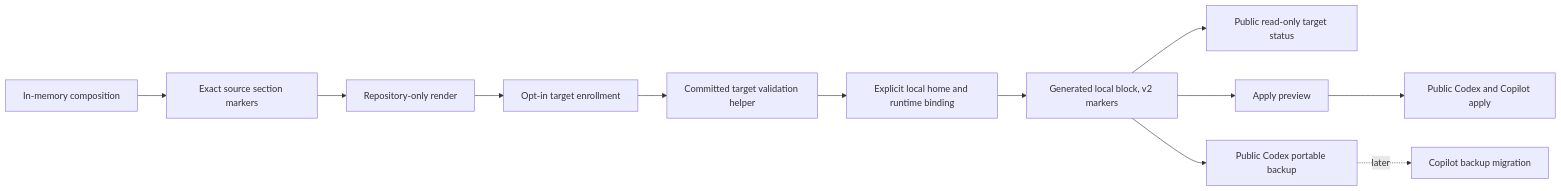
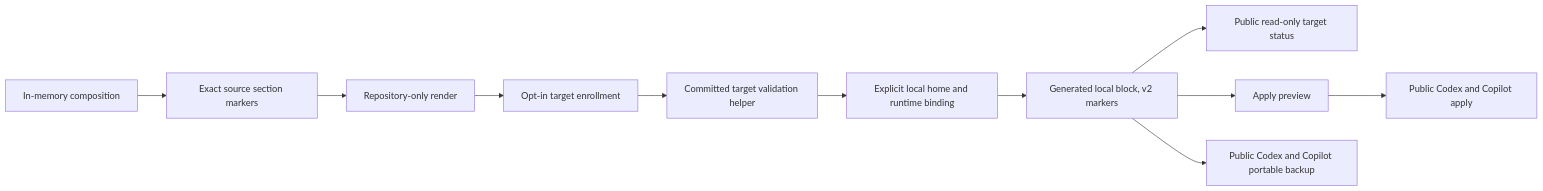
One commit to ferrywlto/ai-env-as-code changed the ninth of 9 diagrams in docs/shared-instructions-design.md. Above: the diagram before and after it, drawn with Mermaid. The commit also changed other lines of this file and 10 other files, not shown here.

Commit message:
feat: migrate Copilot backup to portable sources

````diff
--- a/docs/shared-instructions-design.md
+++ b/docs/shared-instructions-design.md
@@ -328,14 +326,13 @@
 ```mermaid
 flowchart LR
     Compose[In-memory composition] --> Sections[Exact source section markers]
     Sections --> Render[Repository-only render]
     Render --> Enrollment[Opt-in target enrollment]
     Enrollment --> Validation[Committed target validation helper]
     Validation --> Local[Explicit local home and runtime binding]
     Local --> Block[Generated local block, v2 markers]
     Block --> Inspect[Public read-only target status]
     Block --> Preview[Apply preview]
     Preview --> Writer[Public Codex and Copilot apply]
-    Block --> Backup[Public Codex portable backup]
-    Backup -.->|later| Copilot[Copilot backup migration]
+    Block --> Backup[Public Codex and Copilot portable backup]
 ```
````
